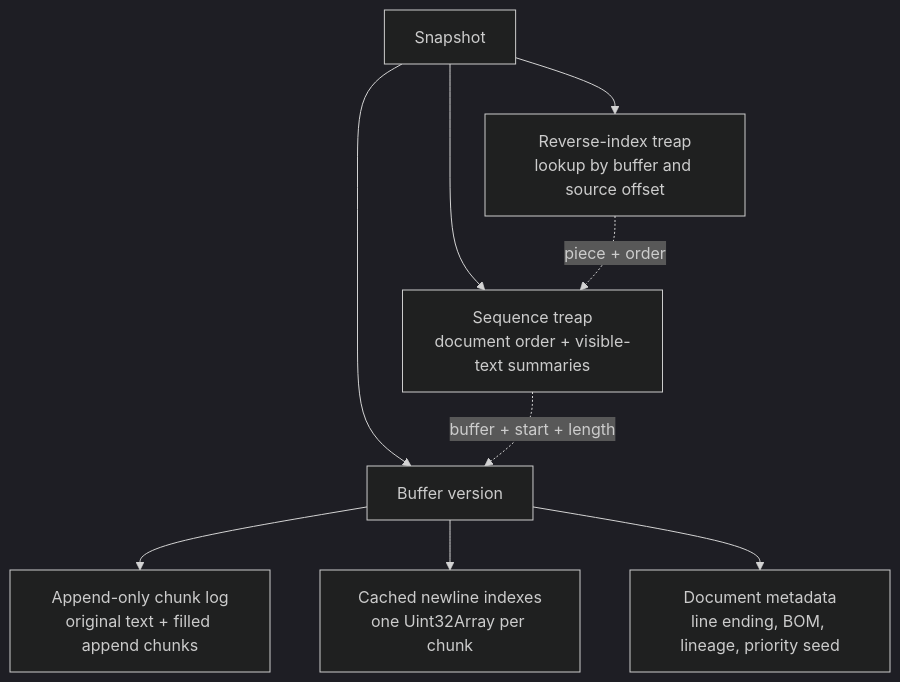
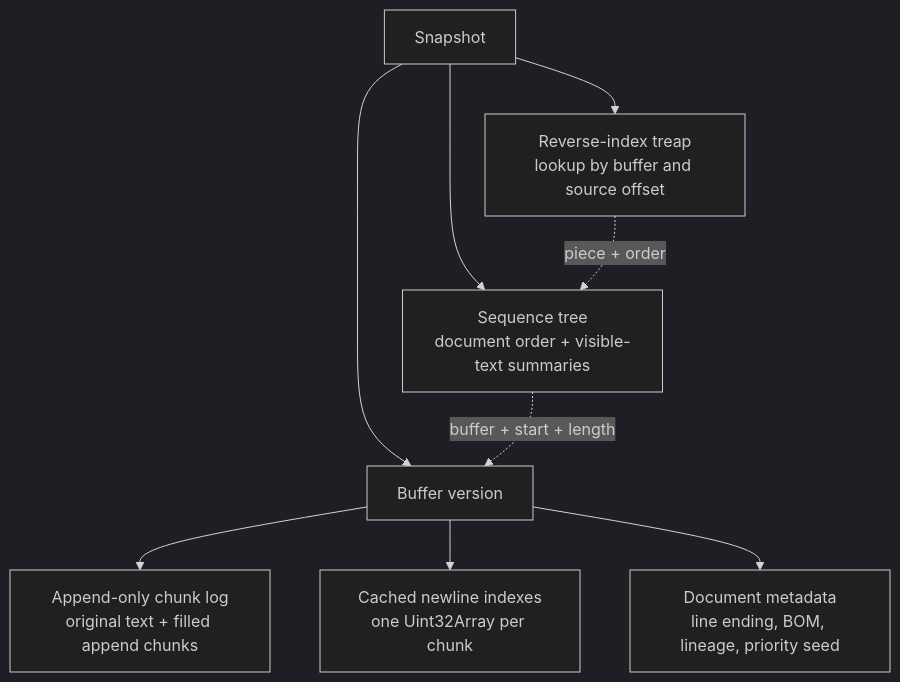
Before and after one commit to ShaulLavo/singapore: the first of 3 diagrams in packages/textbuffer/README.md, drawn with Mermaid (dark theme). The commit also changed other lines of this file and 31 other files, not shown here.

First line of the commit message:
textbuffer: E040, an AVL sequence tree edited in one descent

````diff
--- a/packages/textbuffer/README.md
+++ b/packages/textbuffer/README.md
@@ -33,11 +33,11 @@
 ```mermaid
 flowchart TD
-  S["Snapshot"] --> T["Sequence treap<br/>document order + visible-text summaries"]
+  S["Snapshot"] --> T["Sequence tree<br/>document order + visible-text summaries"]
   S --> R["Reverse-index treap<br/>lookup by buffer and source offset"]
   S --> B["Buffer version"]
   R -. "piece + order" .-> T
   T -. "buffer + start + length" .-> B
   B --> C["Append-only chunk log<br/>original text + filled append chunks"]
   B --> L["Cached newline indexes<br/>one Uint32Array per chunk"]
   B --> M["Document metadata<br/>line ending, BOM, lineage, priority seed"]
 ```
````
